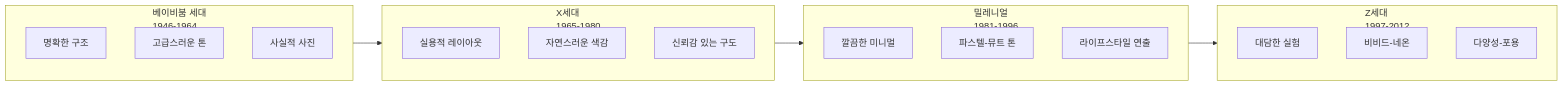
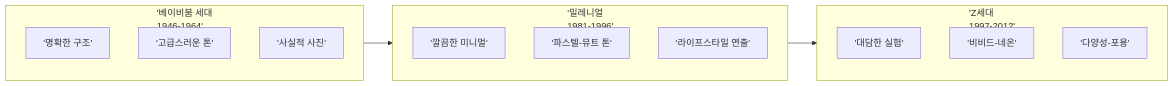
The second of 2 diagrams in 11-ch11-시각적-스토리텔링과-감정-전달/04-04-타깃-오디언스-분석과-비주얼-공감-설계.md (jsonpassion/forge-tutorial-promptcanvas), drawn with Mermaid before and after one commit. The commit also changed other lines of this file and 63 other files, not shown here.

````diff
--- a/11-ch11-시각적-스토리텔링과-감정-전달/04-04-타깃-오디언스-분석과-비주얼-공감-설계.md
+++ b/11-ch11-시각적-스토리텔링과-감정-전달/04-04-타깃-오디언스-분석과-비주얼-공감-설계.md
@@ -84,24 +51,19 @@
 ```mermaid
 flowchart LR
-    subgraph BB["베이비붐 세대<br/>1946-1964"]
-        B1["명확한 구조"]
-        B2["고급스러운 톤"]
-        B3["사실적 사진"]
+    subgraph BB['베이비붐 세대<br/>1946-1964']
+        B1['명확한 구조']
+        B2['고급스러운 톤']
+        B3['사실적 사진']
     end
-    subgraph GX["X세대<br/>1965-1980"]
-        X1["실용적 레이아웃"]
-        X2["자연스러운 색감"]
-        X3["신뢰감 있는 구도"]
+    subgraph ML['밀레니얼<br/>1981-1996']
+        M1['깔끔한 미니멀']
+        M2['파스텔-뮤트 톤']
+        M3['라이프스타일 연출']
     end
-    subgraph ML["밀레니얼<br/>1981-1996"]
-        M1["깔끔한 미니멀"]
-        M2["파스텔-뮤트 톤"]
-        M3["라이프스타일 연출"]
+    subgraph GZ['Z세대<br/>1997-2012']
+        Z1['대담한 실험']
+        Z2['비비드-네온']
+        Z3['다양성-포용']
     end
-    subgraph GZ["Z세대<br/>1997-2012"]
-        Z1["대담한 실험"]
-        Z2["비비드-네온"]
-        Z3["다양성-포용"]
-    end
-    BB --> GX --> ML --> GZ
+    BB --> ML --> GZ
 ```
````
